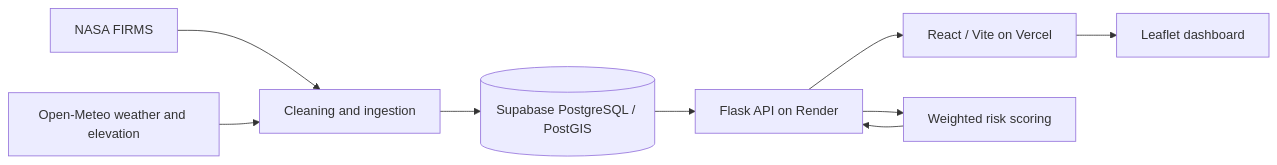
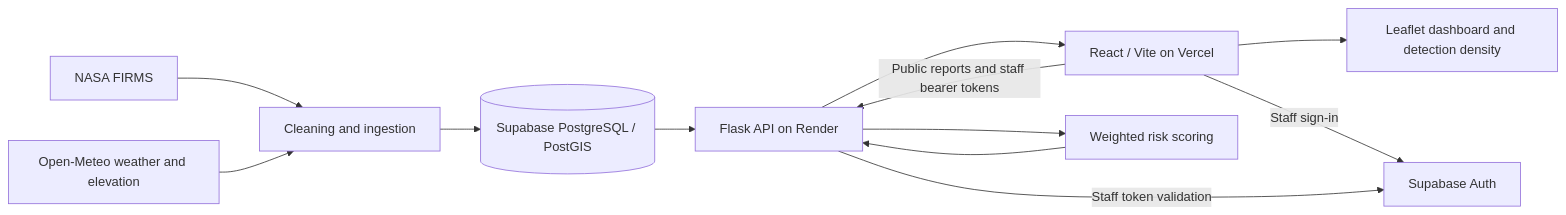
Before and after one commit to RianaMalhotra/EmberWatch: the diagram in README.md, drawn with Mermaid. The commit also changed other lines of this file, not shown here.

````diff
--- a/README.md
+++ b/README.md
@@ -88,11 +90,14 @@
 ```mermaid
 flowchart LR
   FIRMS[NASA FIRMS] --> INGEST[Cleaning and ingestion]
   METEO[Open-Meteo weather and elevation] --> INGEST
   INGEST --> DB[(Supabase PostgreSQL / PostGIS)]
   DB --> API[Flask API on Render]
   API --> UI[React / Vite on Vercel]
-  UI --> MAP[Leaflet dashboard]
+  UI --> MAP[Leaflet dashboard and detection density]
+  UI -->|Public reports and staff bearer tokens| API
+  UI -->|Staff sign-in| AUTH[Supabase Auth]
+  API -->|Staff token validation| AUTH
   API --> MODEL[Weighted risk scoring]
   MODEL --> API
 ```
````
